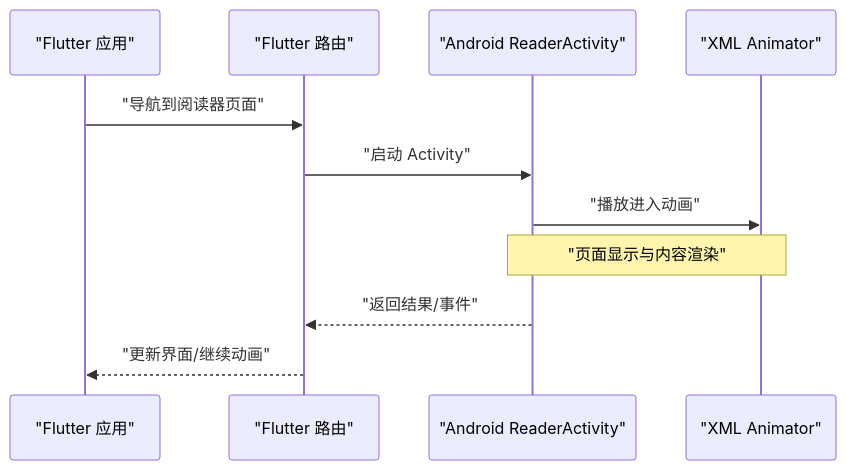
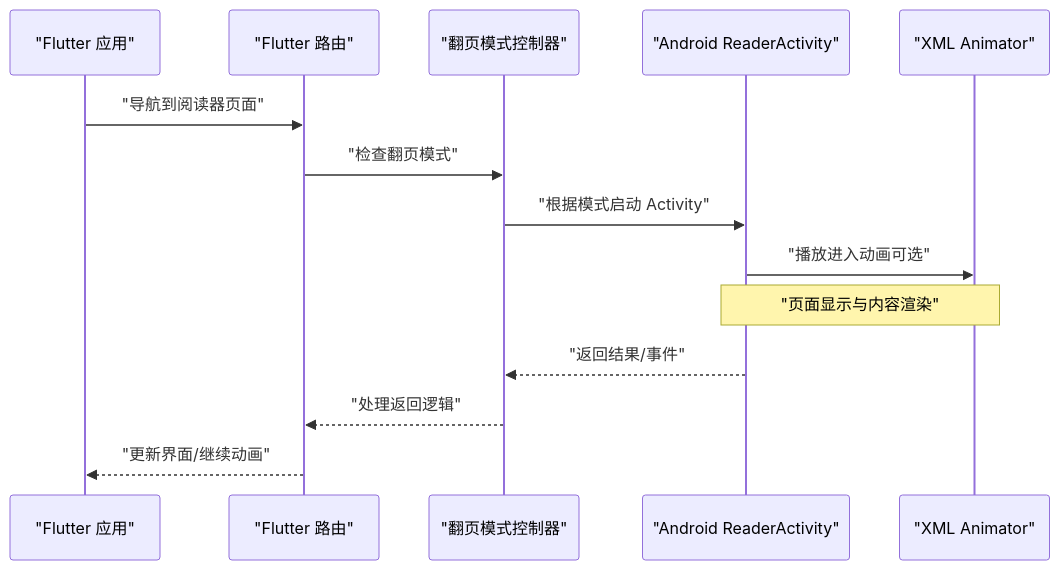
One commit to ZhangGHGitHub/LegadoTeamFlutter changed the second of 4 diagrams in .qoder/repowiki/zh/content/Flutter跨平台应用/UI组件系统/动画和过渡效果.md. Above: the diagram before and after it, drawn with Mermaid. The commit also changed other lines of this file and 660 other files, not shown here.

````diff
--- a/.qoder/repowiki/zh/content/Flutter跨平台应用/UI组件系统/动画和过渡效果.md
+++ b/.qoder/repowiki/zh/content/Flutter跨平台应用/UI组件系统/动画和过渡效果.md
@@ -89,13 +101,16 @@
 ```mermaid
 sequenceDiagram
 participant F as "Flutter 应用"
 participant R as "Flutter 路由"
+participant FM as "翻页模式控制器"
 participant A as "Android ReaderActivity"
 participant X as "XML Animator"
 F->>R : "导航到阅读器页面"
-R->>A : "启动 Activity"
-A->>X : "播放进入动画"
+R->>FM : "检查翻页模式"
+FM->>A : "根据模式启动 Activity"
+A->>X : "播放进入动画可选"
 Note over A,X : "页面显示与内容渲染"
-A-->>R : "返回结果/事件"
+A-->>FM : "返回结果/事件"
+FM-->>R : "处理返回逻辑"
 R-->>F : "更新界面/继续动画"
 ```
````
